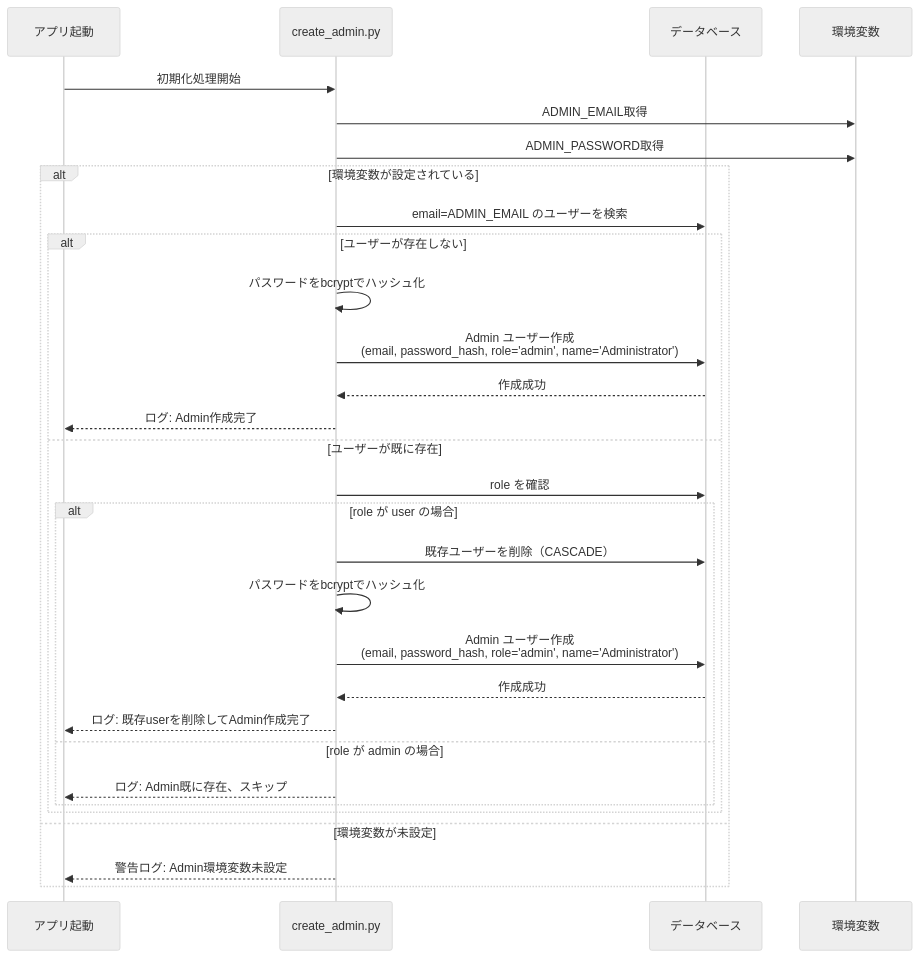
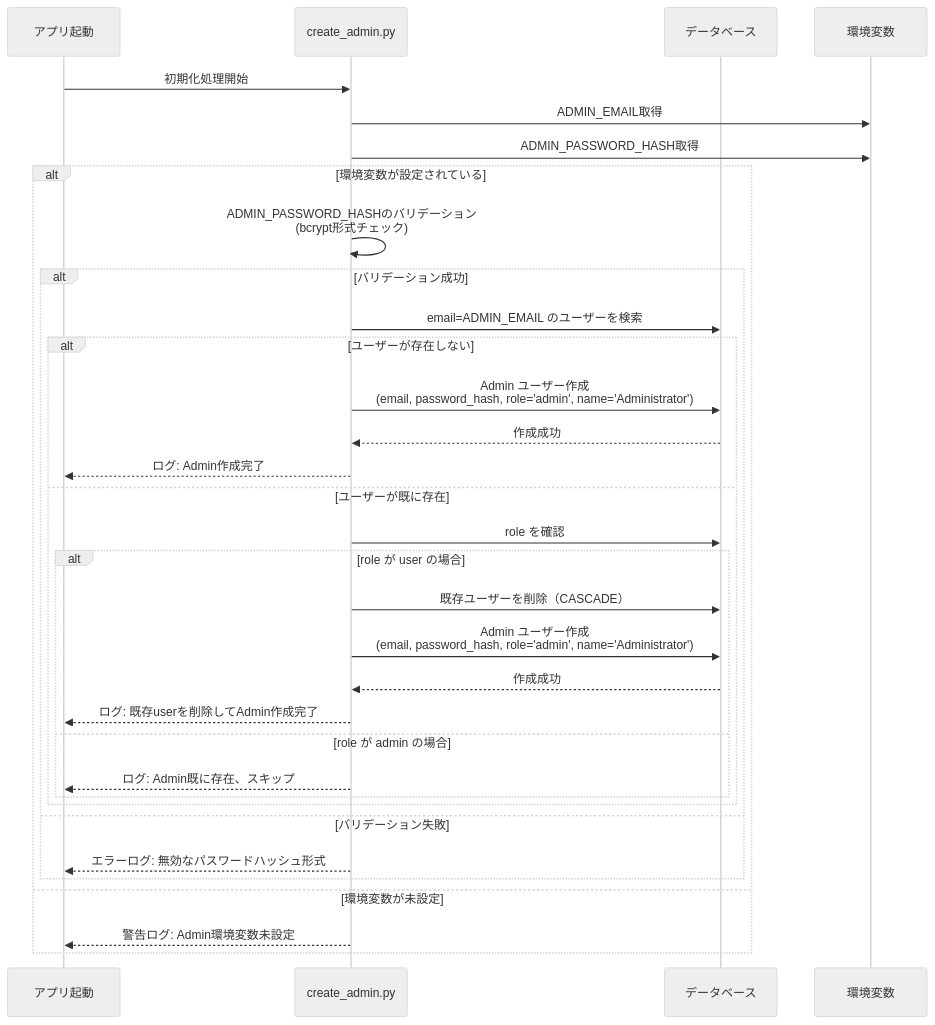
One commit to TomokiIshimine/fullstack-app-with-claude changed the second of 10 diagrams in specs/adminアカウントの追加.md. Above: the diagram before and after it, drawn with Mermaid (neutral theme). The commit also changed other lines of this file, not shown here.

First line of the commit message:
docs(specs): update admin spec to use hashed password

````diff
--- a/specs/adminアカウントの追加.md
+++ b/specs/adminアカウントの追加.md
@@ -151,35 +153,39 @@
 ```mermaid
 sequenceDiagram
     participant App as アプリ起動
     participant Script as create_admin.py
     participant DB as データベース
     participant Env as 環境変数
 
     App->>Script: 初期化処理開始
     Script->>Env: ADMIN_EMAIL取得
-    Script->>Env: ADMIN_PASSWORD取得
+    Script->>Env: ADMIN_PASSWORD_HASH取得
 
     alt 環境変数が設定されている
-        Script->>DB: email=ADMIN_EMAIL のユーザーを検索
+        Script->>Script: ADMIN_PASSWORD_HASHのバリデーション<br/>(bcrypt形式チェック)
 
-        alt ユーザーが存在しない
-            Script->>Script: パスワードをbcryptでハッシュ化
-            Script->>DB: Admin ユーザー作成<br/>(email, password_hash, role='admin', name='Administrator')
-            DB-->>Script: 作成成功
-            Script-->>App: ログ: Admin作成完了
-        else ユーザーが既に存在
-            Script->>DB: role を確認
-            alt role が user の場合
-                Script->>DB: 既存ユーザーを削除（CASCADE）
-                Script->>Script: パスワードをbcryptでハッシュ化
+        alt バリデーション成功
+            Script->>DB: email=ADMIN_EMAIL のユーザーを検索
+
+            alt ユーザーが存在しない
                 Script->>DB: Admin ユーザー作成<br/>(email, password_hash, role='admin', name='Administrator')
                 DB-->>Script: 作成成功
-                Script-->>App: ログ: 既存userを削除してAdmin作成完了
-            else role が admin の場合
-                Script-->>App: ログ: Admin既に存在、スキップ
+                Script-->>App: ログ: Admin作成完了
+            else ユーザーが既に存在
+                Script->>DB: role を確認
+                alt role が user の場合
+                    Script->>DB: 既存ユーザーを削除（CASCADE）
+                    Script->>DB: Admin ユーザー作成<br/>(email, password_hash, role='admin', name='Administrator')
+                    DB-->>Script: 作成成功
+                    Script-->>App: ログ: 既存userを削除してAdmin作成完了
+                else role が admin の場合
+                    Script-->>App: ログ: Admin既に存在、スキップ
+                end
             end
+        else バリデーション失敗
+            Script-->>App: エラーログ: 無効なパスワードハッシュ形式
         end
     else 環境変数が未設定
         Script-->>App: 警告ログ: Admin環境変数未設定
     end
 ```
````
